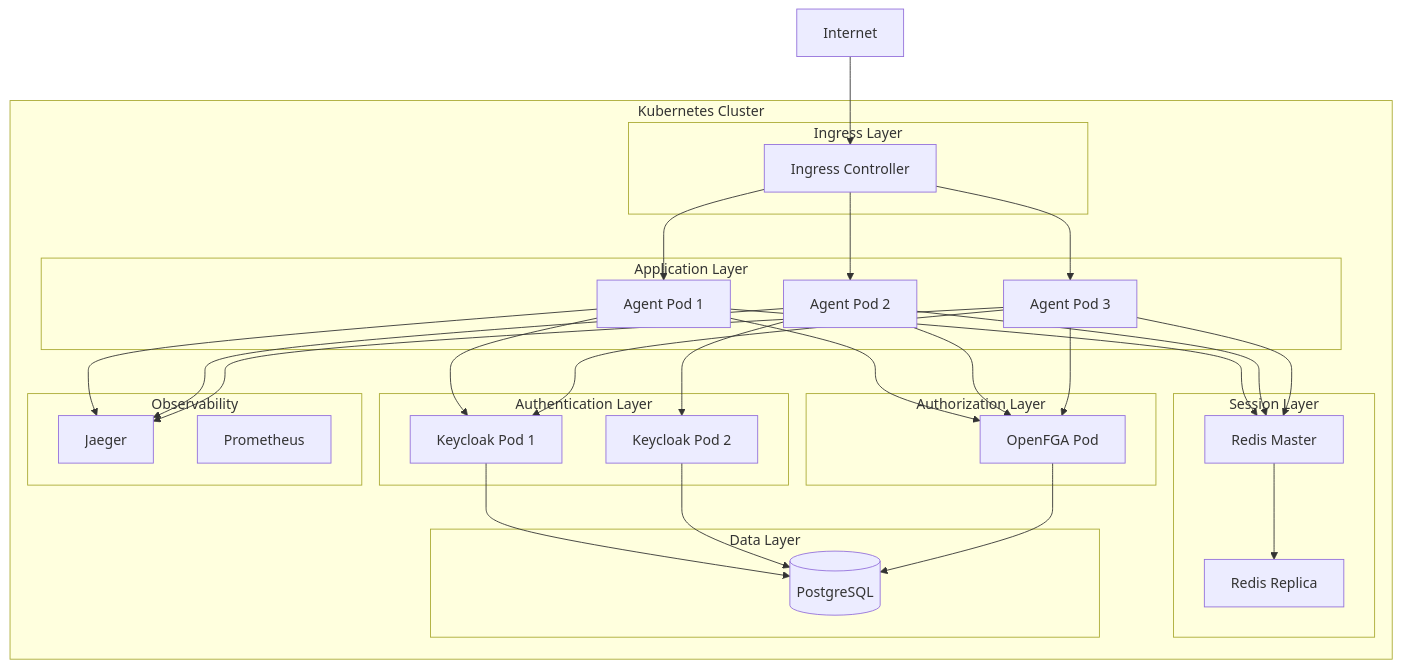
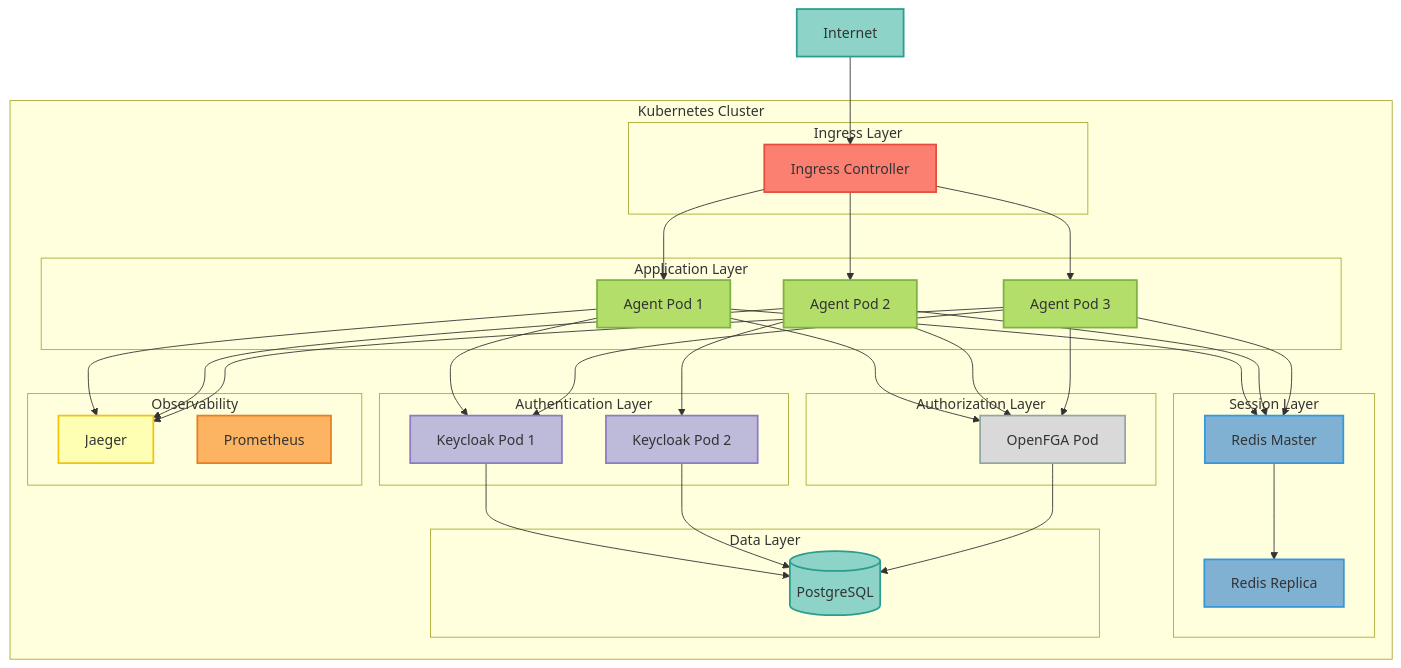
Before and after one commit to vishnu2kmohan/mcp-server-langgraph: the diagram in docs/deployment/kubernetes.mdx, drawn with Mermaid. The commit also changed 6 other files, not shown here.

First line of the commit message:
style: ensure unique colors for distinct node types across all diagrams

````diff
--- a/docs/deployment/kubernetes.mdx
+++ b/docs/deployment/kubernetes.mdx
@@ -17,60 +17,81 @@
 ```mermaid
 graph TB
     Internet[Internet]
 
     subgraph Kubernetes_Cluster["Kubernetes Cluster"]
         subgraph Ingress_Layer["Ingress Layer"]
             Ingress[Ingress Controller]
         end
 
         subgraph Application_Layer["Application Layer"]
             Agent1[Agent Pod 1]
             Agent2[Agent Pod 2]
             Agent3[Agent Pod 3]
         end
 
         subgraph Authentication_Layer["Authentication Layer"]
             KC1[Keycloak Pod 1]
             KC2[Keycloak Pod 2]
         end
 
         subgraph Session_Layer["Session Layer"]
             Redis1[Redis Master]
             Redis2[Redis Replica]
         end
 
         subgraph Authorization_Layer["Authorization Layer"]
             FGA[OpenFGA Pod]
         end
 
         subgraph Data_Layer["Data Layer"]
             PG[(PostgreSQL)]
         end
 
         subgraph Observability_Layer["Observability"]
             Jaeger[Jaeger]
             Prometheus[Prometheus]
         end
     end
 
     Internet --> Ingress
     Ingress --> Agent1
     Ingress --> Agent2
     Ingress --> Agent3
     Agent1 --> KC1
     Agent2 --> KC2
     Agent3 --> KC1
     Agent1 --> Redis1
     Agent2 --> Redis1
     Agent3 --> Redis1
     Redis1 --> Redis2
     Agent1 --> FGA
     Agent2 --> FGA
     Agent3 --> FGA
     KC1 --> PG
     KC2 --> PG
     FGA --> PG
     Agent1 --> Jaeger
     Agent2 --> Jaeger
     Agent3 --> Jaeger
+
+    %% ColorBrewer2 Set3 palette - unique color per service type
+    classDef externalStyle fill:#8dd3c7,stroke:#2a9d8f,stroke-width:2px,color:#333
+    classDef ingressStyle fill:#fb8072,stroke:#e74c3c,stroke-width:2px,color:#333
+    classDef agentStyle fill:#b3de69,stroke:#7cb342,stroke-width:2px,color:#333
+    classDef authStyle fill:#bebada,stroke:#8e7cc3,stroke-width:2px,color:#333
+    classDef sessionStyle fill:#80b1d3,stroke:#3498db,stroke-width:2px,color:#333
+    classDef authzStyle fill:#d9d9d9,stroke:#95a5a6,stroke-width:2px,color:#333
+    classDef dataStyle fill:#8dd3c7,stroke:#2a9d8f,stroke-width:2px,color:#333
+    classDef tracingStyle fill:#ffffb3,stroke:#f1c40f,stroke-width:2px,color:#333
+    classDef metricsStyle fill:#fdb462,stroke:#e67e22,stroke-width:2px,color:#333
+
+    class Internet externalStyle
+    class Ingress ingressStyle
+    class Agent1,Agent2,Agent3 agentStyle
+    class KC1,KC2 authStyle
+    class Redis1,Redis2 sessionStyle
+    class FGA authzStyle
+    class PG dataStyle
+    class Jaeger tracingStyle
+    class Prometheus metricsStyle
 ```
````
